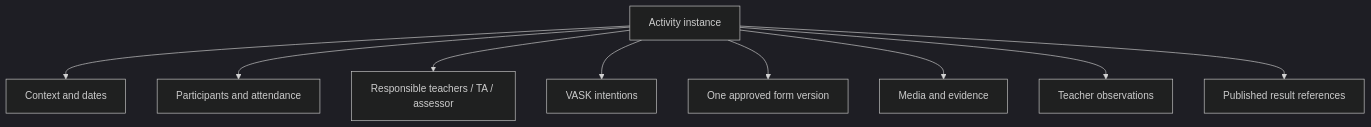
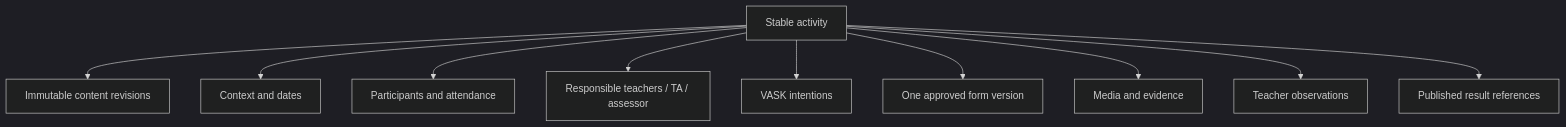
One commit to heison-octopus/testing-port changed the diagram in output/English/SRS/SRS-04 Activities participants and VASK.md. Above: the diagram before and after it, drawn with Mermaid (dark theme). The commit also changed other lines of this file and 117 other files, not shown here.

````diff
--- a/output/English/SRS/SRS-04 Activities participants and VASK.md
+++ b/output/English/SRS/SRS-04 Activities participants and VASK.md
@@ -25,11 +32,12 @@
 ```mermaid
 flowchart TB
-    A[Activity instance] --> C[Context and dates]
+    A[Stable activity] --> REV[Immutable content revisions]
+    A --> C[Context and dates]
     A --> P[Participants and attendance]
     A --> S[Responsible teachers / TA / assessor]
     A --> V[VASK intentions]
     A --> F[One approved form version]
     A --> M[Media and evidence]
     A --> O[Teacher observations]
     A --> R[Published result references]
 ```
````
